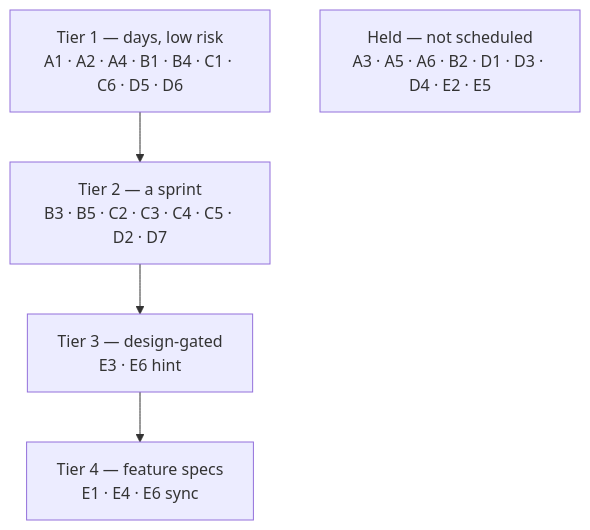
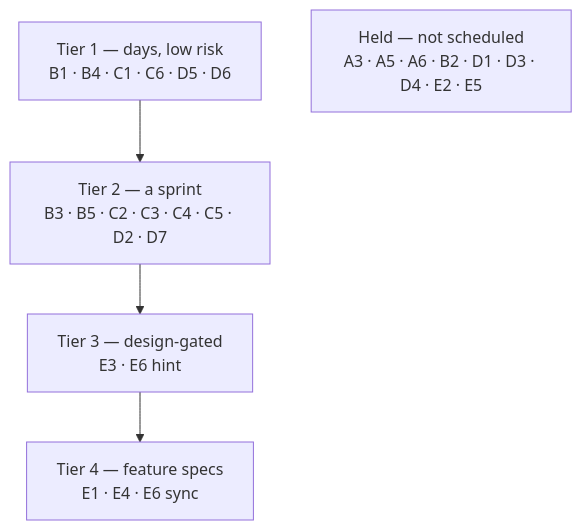
Before and after one commit to oncloudnintynineone-source/cloudy2: the third of 3 diagrams in docs/ui-ux-improvements.md, drawn with Mermaid. The commit also changed other lines of this file and 9 other files, not shown here.

````diff
--- a/docs/ui-ux-improvements.md
+++ b/docs/ui-ux-improvements.md
@@ -509,7 +532,7 @@
 ```mermaid
 flowchart TD
-  T1["Tier 1 — days, low risk<br/>A1 · A2 · A4 · B1 · B4 · C1 · C6 · D5 · D6"] --> T2["Tier 2 — a sprint<br/>B3 · B5 · C2 · C3 · C4 · C5 · D2 · D7"]
+  T1["Tier 1 — days, low risk<br/>B1 · B4 · C1 · C6 · D5 · D6"] --> T2["Tier 2 — a sprint<br/>B3 · B5 · C2 · C3 · C4 · C5 · D2 · D7"]
   T2 --> T3["Tier 3 — design-gated<br/>E3 · E6 hint"]
   T3 --> T4["Tier 4 — feature specs<br/>E1 · E4 · E6 sync"]
   H["Held — not scheduled<br/>A3 · A5 · A6 · B2 · D1 · D3 · D4 · E2 · E5"]
 ```
````
